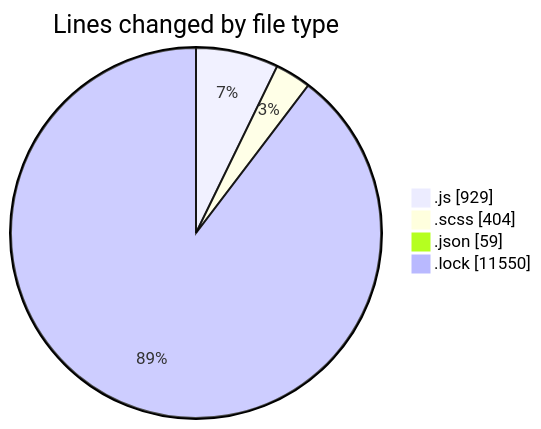
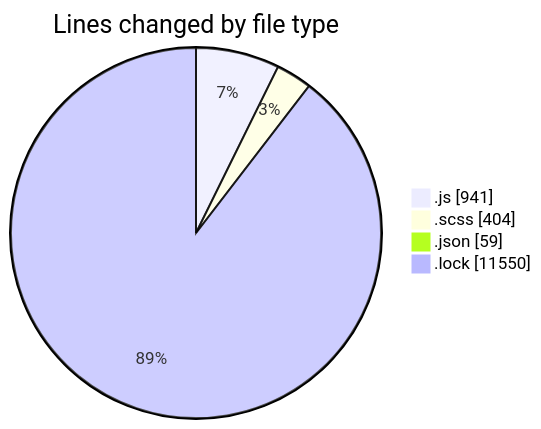
The first of 2 diagrams in 2026-01-05/cda/README.md (momahboobian/code-tracking), drawn with Mermaid before and after one commit. The commit also changed other lines of this file and 1 other file, not shown here.

````diff
--- a/2026-01-05/cda/README.md
+++ b/2026-01-05/cda/README.md
@@ -29,8 +29,8 @@
 ```mermaid
 pie showData
 title Lines changed by file type
-".js" : 929
+".js" : 941
 ".scss" : 404
 ".json" : 59
 ".lock" : 11550
 ```
````
